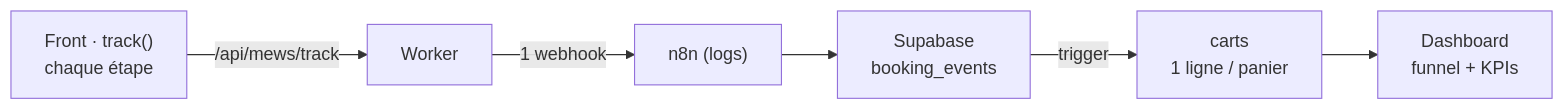
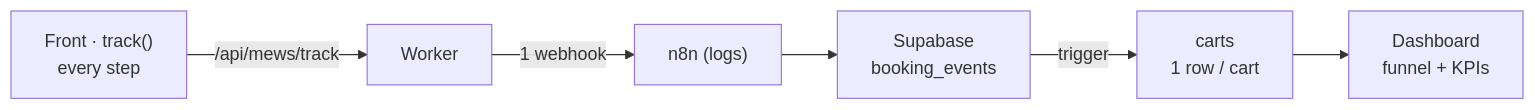
The fourth of 4 diagrams in docs/architecture.md (REVREBEL/urban-cowboy-booking-engine), drawn with Mermaid before and after one commit. The commit also changed other lines of this file and 10 other files, not shown here.

````diff
--- a/docs/architecture.md
+++ b/docs/architecture.md
@@ -129,8 +110,9 @@
 ```mermaid
 flowchart LR
-  FR["Front · track()<br/>chaque étape"] -->|"/api/mews/track"| WK["Worker"]
+  FR["Front · track()<br/>every step"] -->|"/api/mews/track"| WK["Worker"]
   WK -->|"1 webhook"| N8["n8n (logs)"]
   N8 --> BE["Supabase<br/>booking_events"]
-  BE -->|"trigger"| CA["carts<br/>1 ligne / panier"]
+  BE -->|"trigger"| CA["carts<br/>1 row / cart"]
   CA --> DA["Dashboard<br/>funnel + KPIs"]
+
 ```
````
